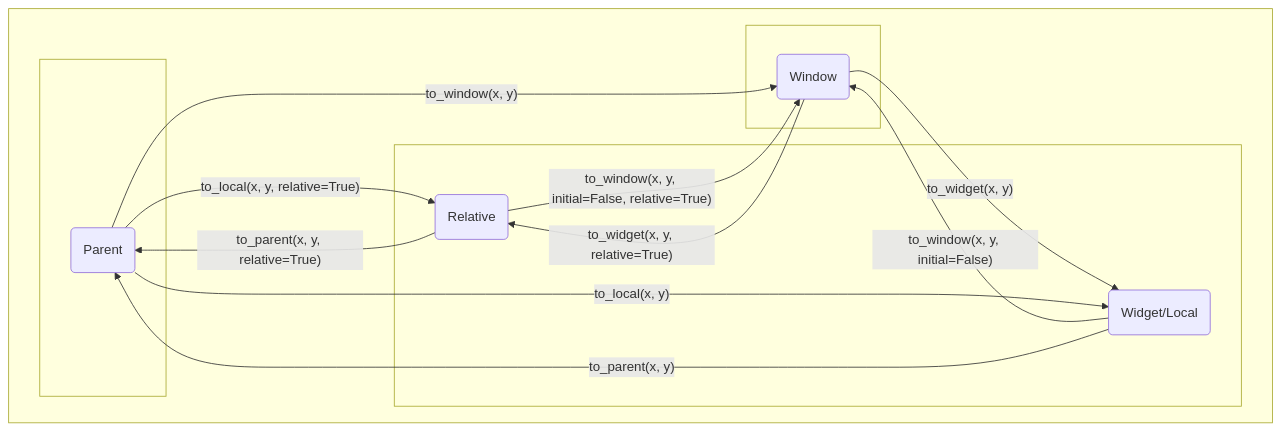
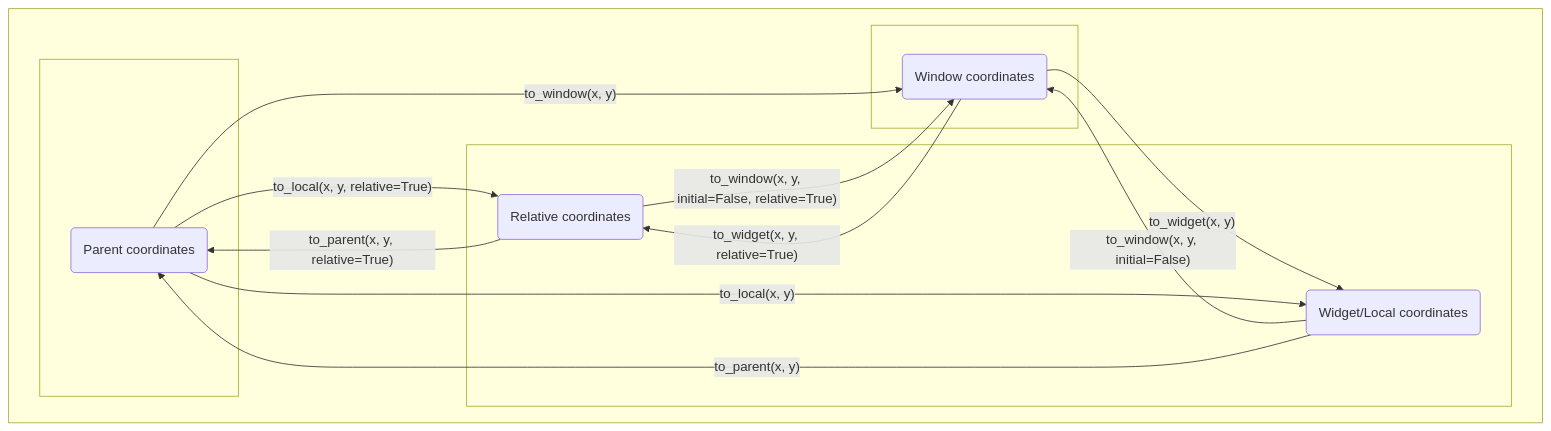
One commit to calebmsword/kivy changed the diagram in README.md. Above: the diagram before and after it, drawn with Mermaid.

````diff
--- a/README.md
+++ b/README.md
@@ -79,32 +79,32 @@
 ```mermaid
  flowchart LR
  
     subgraph " "
       direction LR
       
       subgraph "  "
-        WINDOW(Window)
+        WINDOW(Window coordinates)
       end
       
       subgraph "   "
-        RELATIVE(Relative)
-        WIDGET("Widget/Local")
+        RELATIVE(Relative coordinates)
+        WIDGET("Widget/Local coordinates")
       end
       
       subgraph "     "
-        PARENT(Parent)
+        PARENT(Parent coordinates)
       end
       
     end
     
     WINDOW -- "to_widget(x, y, relative=True)" --> RELATIVE
     WINDOW -- "to_widget(x, y)" --> WIDGET
     RELATIVE -- "to_window(x, y, initial=False, relative=True)" --> WINDOW
     RELATIVE -- "to_parent(x, y, relative=True)" --> PARENT
     WIDGET -- "to_window(x, y, initial=False)" --> WINDOW
     WIDGET -- "to_parent(x, y)" --> PARENT
     PARENT -- "to_local(x, y, relative=True)" --> RELATIVE
     PARENT -- "to_local(x, y)" --> WIDGET
     PARENT -- "to_window(x, y)" --> WINDOW
     
 ```
````
